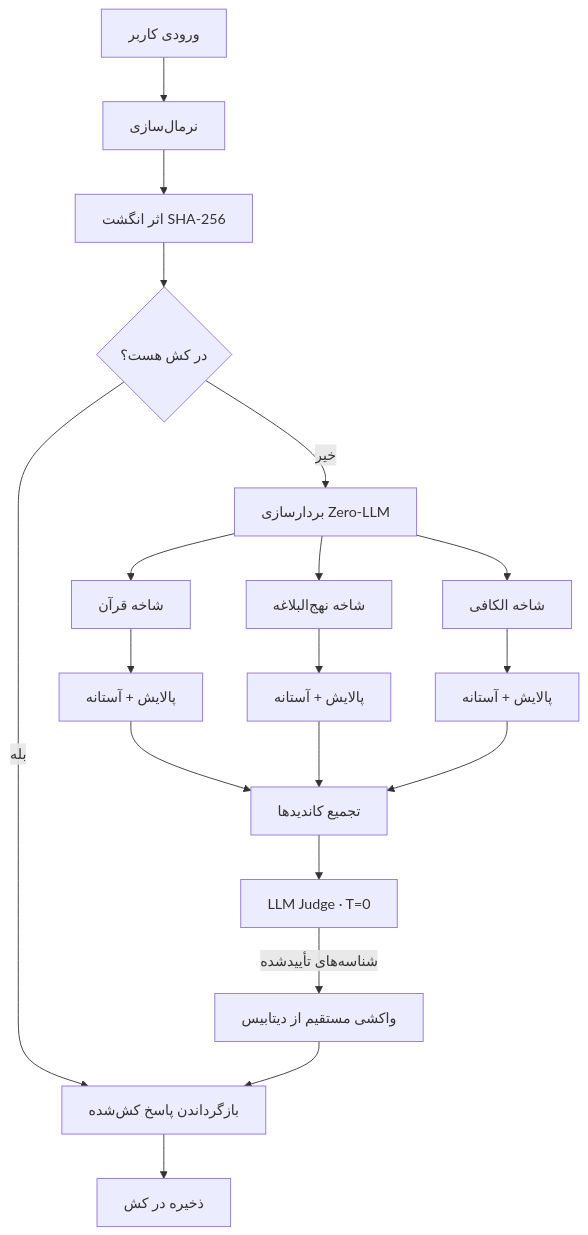
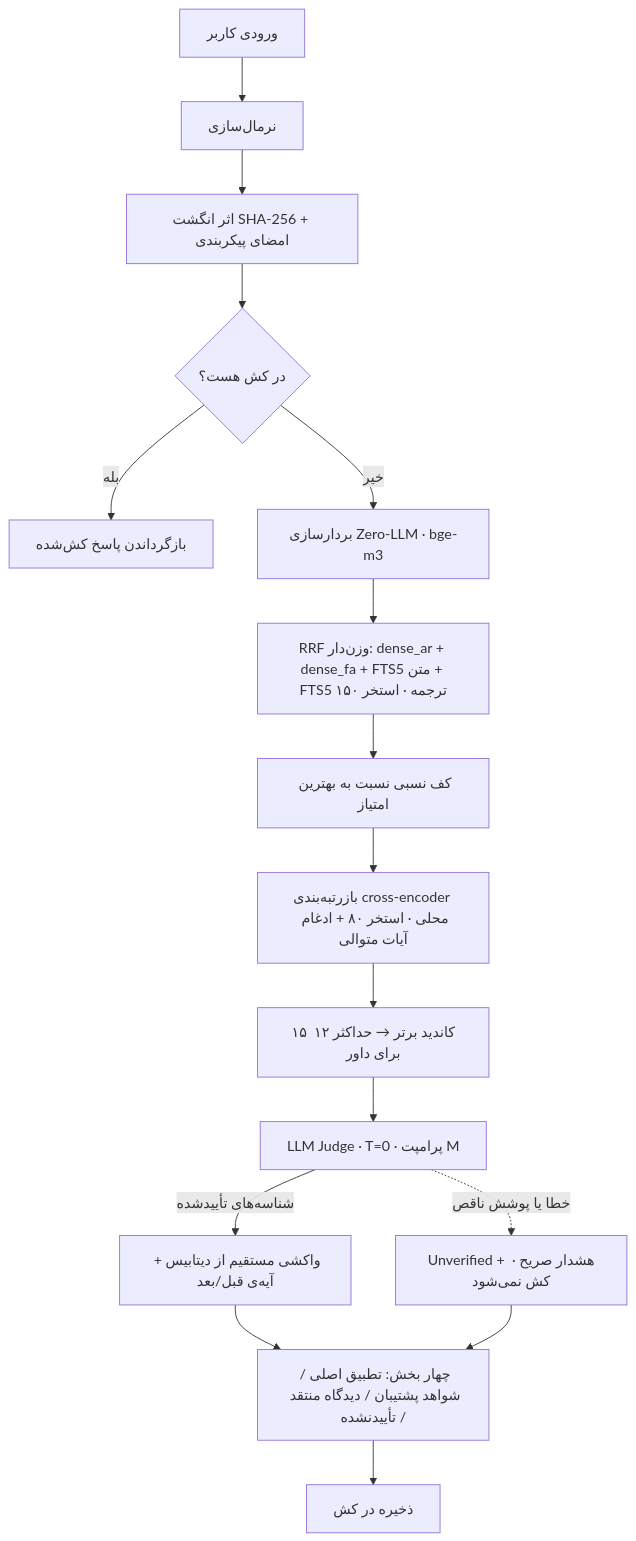
One commit to Mokhytonium/zero-hallucination-islamic-rag changed the third of 3 diagrams in docs/architecture.md. Above: the diagram before and after it, drawn with Mermaid. The commit also changed other lines of this file and 10 other files, not shown here.

````diff
--- a/docs/architecture.md
+++ b/docs/architecture.md
@@ -78,21 +78,18 @@
 ```mermaid
 flowchart TD
     Q[ورودی کاربر] --> NORM[نرمال‌سازی]
-    NORM --> HASH[اثر انگشت SHA-256]
+    NORM --> HASH[اثر انگشت SHA-256 + امضای پیکربندی]
     HASH --> CACHE{در کش هست؟}
     CACHE -- بله --> OUT[بازگرداندن پاسخ کش‌شده]
-    CACHE -- خیر --> EMB[بردارسازی Zero-LLM]
-    EMB --> P1[شاخه قرآن]
-    EMB --> P2[شاخه نهج‌البلاغه]
-    EMB --> P3[شاخه الکافی]
-    P1 --> R1[پالایش + آستانه]
-    P2 --> R2[پالایش + آستانه]
-    P3 --> R3[پالایش + آستانه]
-    R1 --> AGG[تجمیع کاندیدها]
-    R2 --> AGG
-    R3 --> AGG
-    AGG --> JUDGE[LLM Judge · T=0]
-    JUDGE -->|شناسه‌های تأییدشده| HYDR[واکشی مستقیم از دیتابیس]
-    HYDR --> OUT
-    OUT --> SAVE[ذخیره در کش]
+    CACHE -- خیر --> EMB[بردارسازی Zero-LLM · bge-m3]
+    EMB --> FUSE[RRF وزن‌دار: dense_ar + dense_fa + FTS5 متن + FTS5 ترجمه · استخر ۱۵۰]
+    FUSE --> FLOOR[کف نسبی نسبت به بهترین امتیاز]
+    FLOOR --> RERANK[بازرتبه‌بندی cross-encoder محلی · استخر ۸۰ + ادغام آیات متوالی]
+    RERANK --> TOPK[۱۵ کاندید برتر → حداکثر ۱۲ برای داور]
+    TOPK --> JUDGE[LLM Judge · T=0 · پرامپت M]
+    JUDGE -->|شناسه‌های تأییدشده| HYDR[واکشی مستقیم از دیتابیس + آیه‌ی قبل/بعد]
+    JUDGE -.->|خطا یا پوشش ناقص| UNV[Unverified + هشدار صریح · کش نمی‌شود]
+    HYDR --> SECT[چهار بخش: تطبیق اصلی / شواهد پشتیبان / دیدگاه منتقد / تأییدنشده]
+    UNV --> SECT
+    SECT --> SAVE[ذخیره در کش]
 ```
````
